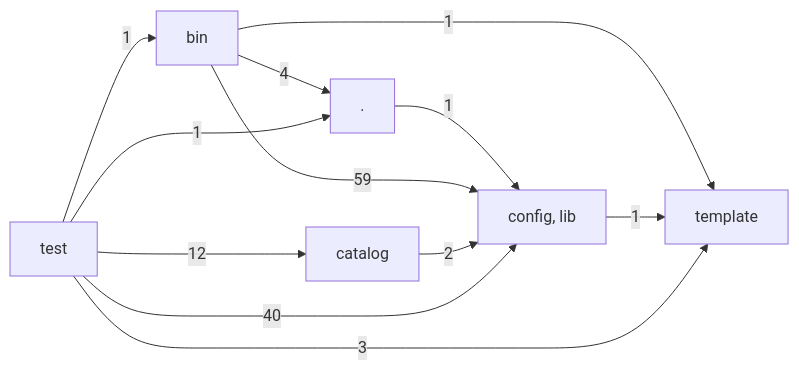
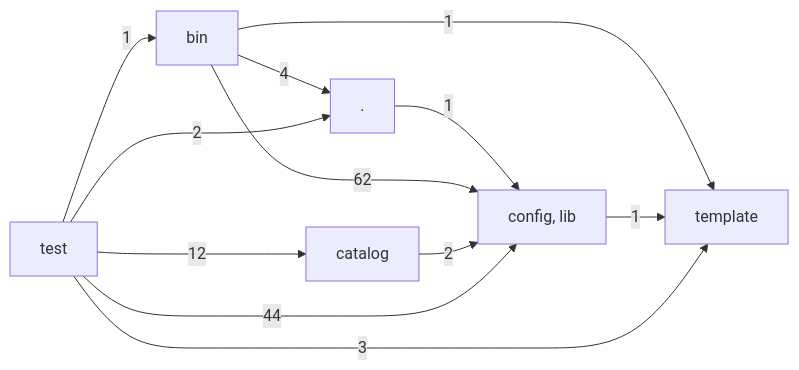
One commit to hackersandwizards/scaffolding changed the diagram in docs/architecture/layers.md. Above: the diagram before and after it, drawn with Mermaid. The commit also changed 13 other files, not shown here.

Commit message:
Print rule guides in consumer lint and architecture checks

````diff
--- a/docs/architecture/layers.md
+++ b/docs/architecture/layers.md
@@ -3,20 +3,20 @@
 ```mermaid
 graph LR
   L0["."]
   L1["bin"]
   L2["catalog"]
   L3["config, lib"]
   L4["template"]
   L5["test"]
   L0 -->|1| L3
   L1 -->|4| L0
-  L1 -->|59| L3
+  L1 -->|62| L3
   L1 -->|1| L4
   L2 -->|2| L3
   L3 -->|1| L4
-  L5 -->|1| L0
+  L5 -->|2| L0
   L5 -->|1| L1
   L5 -->|12| L2
-  L5 -->|40| L3
+  L5 -->|44| L3
   L5 -->|3| L4
 ```
````
